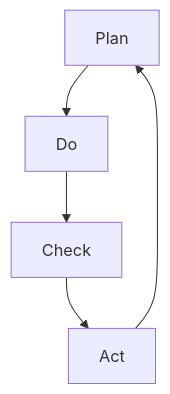
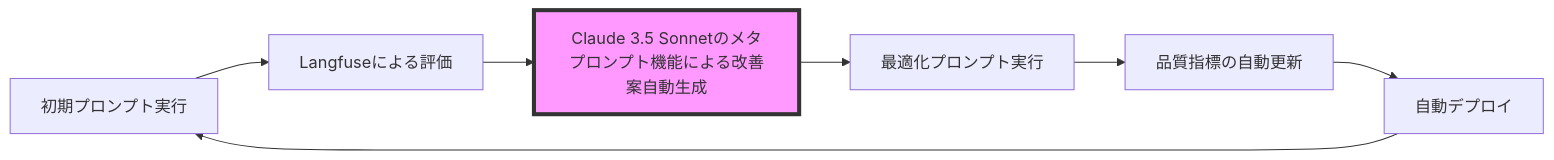
The fourth of 4 diagrams in workspace/business_tasks_workspace/projects/company_ai_promotion/archive/documents/manuals/prompt_handson_guide.md (matsuni-kk/BMS), drawn with Mermaid before and after one commit. The commit also changed other lines of this file and 1 other file, not shown here.

````diff
--- a/workspace/business_tasks_workspace/projects/company_ai_promotion/archive/documents/manuals/prompt_handson_guide.md
+++ b/workspace/business_tasks_workspace/projects/company_ai_promotion/archive/documents/manuals/prompt_handson_guide.md
@@ -424,7 +503,10 @@
-```mermaid
-graph TD
-    P[Plan] --> D[Do]
-    D --> C[Check]
-    C --> A[Act]
-    A --> P
-```
+     ```mermaid
+     graph LR
+       A[初期プロンプト実行] --> B[Langfuseによる評価]
+       B --> C[Claude 3.5 Sonnetのメタプロンプト機能による改善案自動生成]
+       C --> D[最適化プロンプト実行]
+       D --> E[品質指標の自動更新]
+       E --> F[自動デプロイ]
+       F --> A
+       style C fill:#f9f,stroke:#333,stroke-width:4px
+     ```
````
